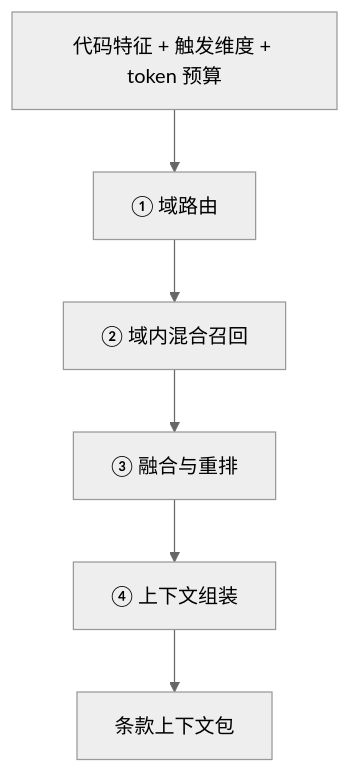
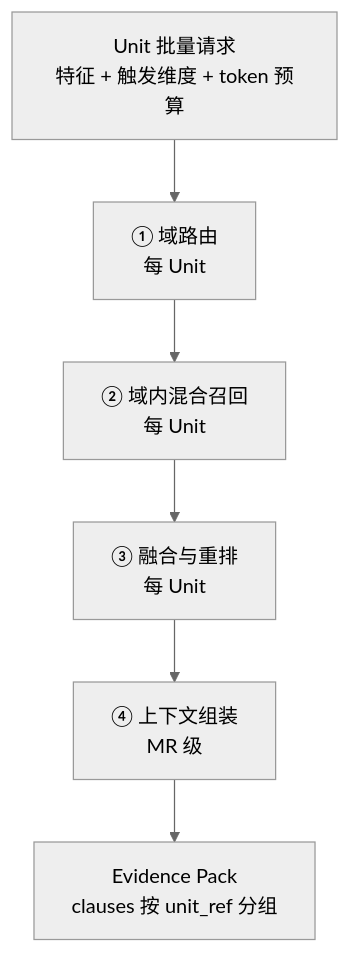
The third of 3 diagrams in docs/modules/retrieval.md (Aut-Ken/arkts-code-reviewer), drawn with Mermaid (neutral theme) before and after one commit. The commit also changed other lines of this file and 1 other file, not shown here.

````diff
--- a/docs/modules/retrieval.md
+++ b/docs/modules/retrieval.md
@@ -211,8 +259,8 @@
 ```mermaid
 flowchart TB
-    Q[代码特征 + 触发维度 + token 预算] --> R1[① 域路由]
-    R1 --> R2[② 域内混合召回]
-    R2 --> R3[③ 融合与重排]
-    R3 --> R4[④ 上下文组装]
-    R4 --> OUT[条款上下文包]
+    Q[Unit 批量请求<br/>特征 + 触发维度 + token 预算] --> R1[① 域路由<br/>每 Unit]
+    R1 --> R2[② 域内混合召回<br/>每 Unit]
+    R2 --> R3[③ 融合与重排<br/>每 Unit]
+    R3 --> R4[④ 上下文组装<br/>MR 级]
+    R4 --> OUT[Evidence Pack<br/>clauses 按 unit_ref 分组]
 ```
````
